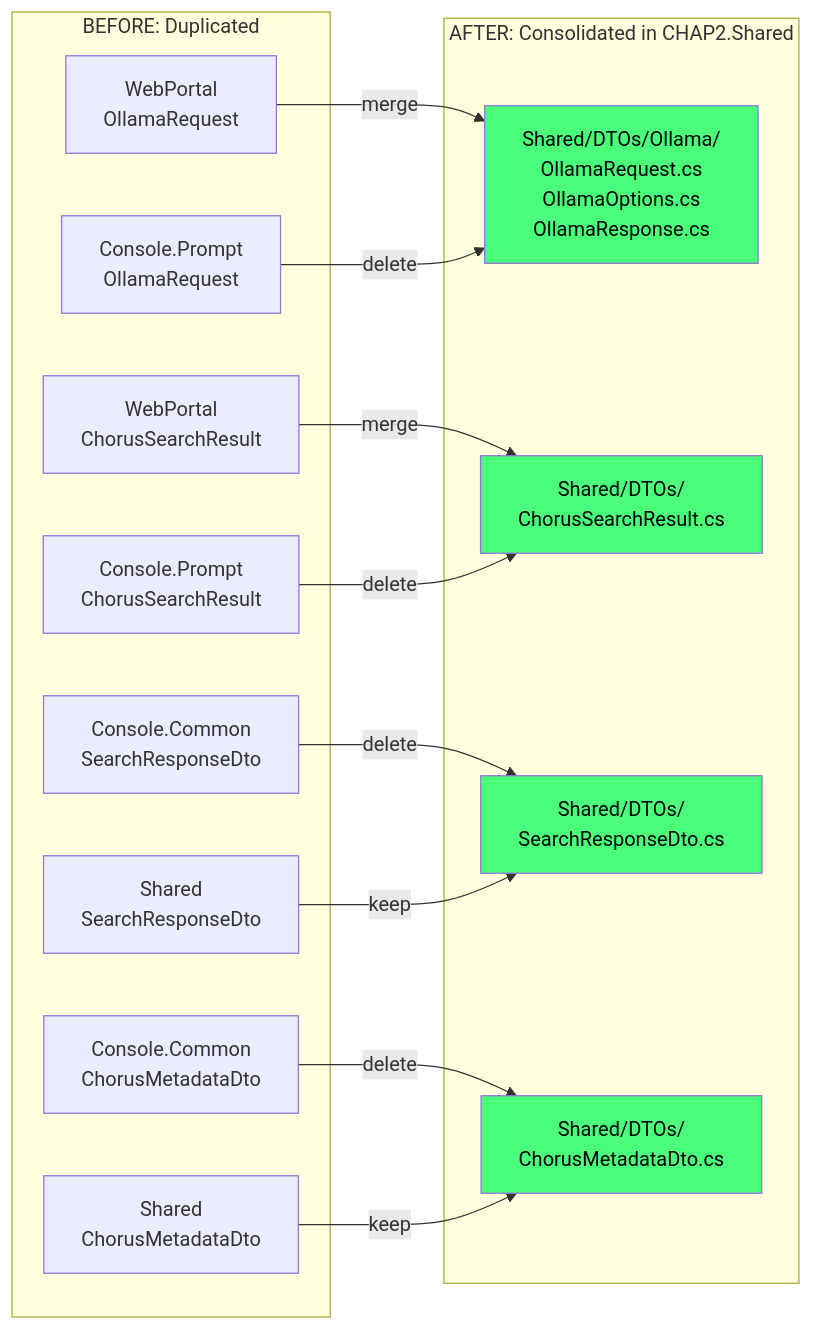
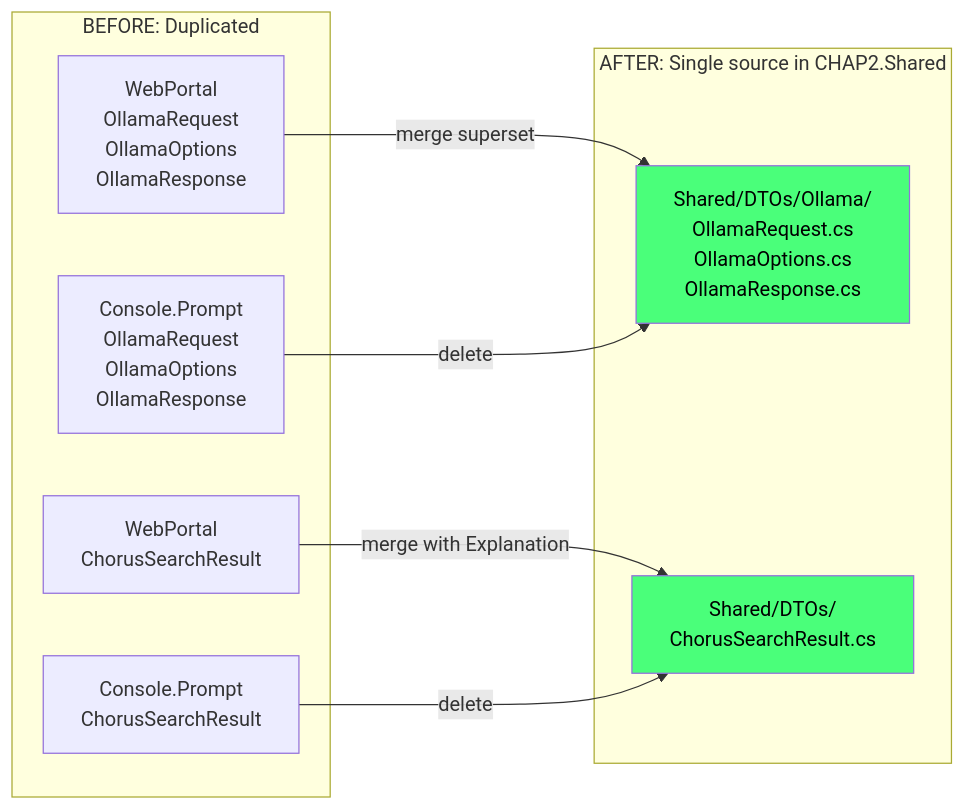
One commit to loganventer/CHAP2 changed the second of 11 diagrams in .work/REFACTORING_PLAN.md. Above: the diagram before and after it, drawn with Mermaid. The commit also changed other lines of this file and 24 other files, not shown here.

````diff
--- a/.work/REFACTORING_PLAN.md
+++ b/.work/REFACTORING_PLAN.md
@@ -129,34 +128,22 @@
 ```mermaid
 graph LR
     subgraph "BEFORE: Duplicated"
-        WP_O["WebPortal<br/>OllamaRequest"]
-        CP_O["Console.Prompt<br/>OllamaRequest"]
+        WP_O["WebPortal<br/>OllamaRequest<br/>OllamaOptions<br/>OllamaResponse"]
+        CP_O["Console.Prompt<br/>OllamaRequest<br/>OllamaOptions<br/>OllamaResponse"]
         WP_CS["WebPortal<br/>ChorusSearchResult"]
         CP_CS["Console.Prompt<br/>ChorusSearchResult"]
-        SH_SR["Shared<br/>SearchResponseDto"]
-        CC_SR["Console.Common<br/>SearchResponseDto"]
-        SH_CM["Shared<br/>ChorusMetadataDto"]
-        CC_CM["Console.Common<br/>ChorusMetadataDto"]
     end
 
-    subgraph "AFTER: Consolidated in CHAP2.Shared"
+    subgraph "AFTER: Single source in CHAP2.Shared"
         S_O["Shared/DTOs/Ollama/<br/>OllamaRequest.cs<br/>OllamaOptions.cs<br/>OllamaResponse.cs"]
         S_CS["Shared/DTOs/<br/>ChorusSearchResult.cs"]
-        S_SR["Shared/DTOs/<br/>SearchResponseDto.cs"]
-        S_CM["Shared/DTOs/<br/>ChorusMetadataDto.cs"]
     end
 
-    WP_O -->|merge| S_O
+    WP_O -->|merge superset| S_O
     CP_O -->|delete| S_O
-    WP_CS -->|merge| S_CS
+    WP_CS -->|merge with Explanation| S_CS
     CP_CS -->|delete| S_CS
-    CC_SR -->|delete| S_SR
-    SH_SR -->|keep| S_SR
-    CC_CM -->|delete| S_CM
-    SH_CM -->|keep| S_CM
 
     style S_O fill:#4aff7a,color:#000
     style S_CS fill:#4aff7a,color:#000
-    style S_SR fill:#4aff7a,color:#000
-    style S_CM fill:#4aff7a,color:#000
 ```
````
